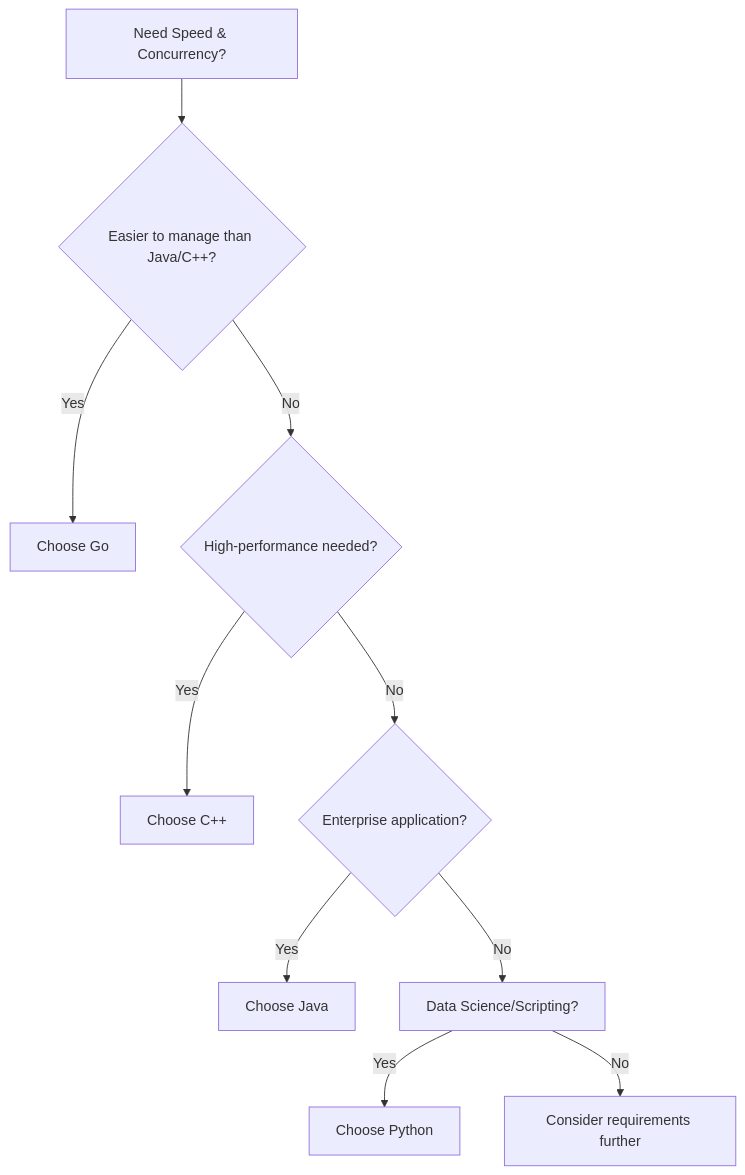
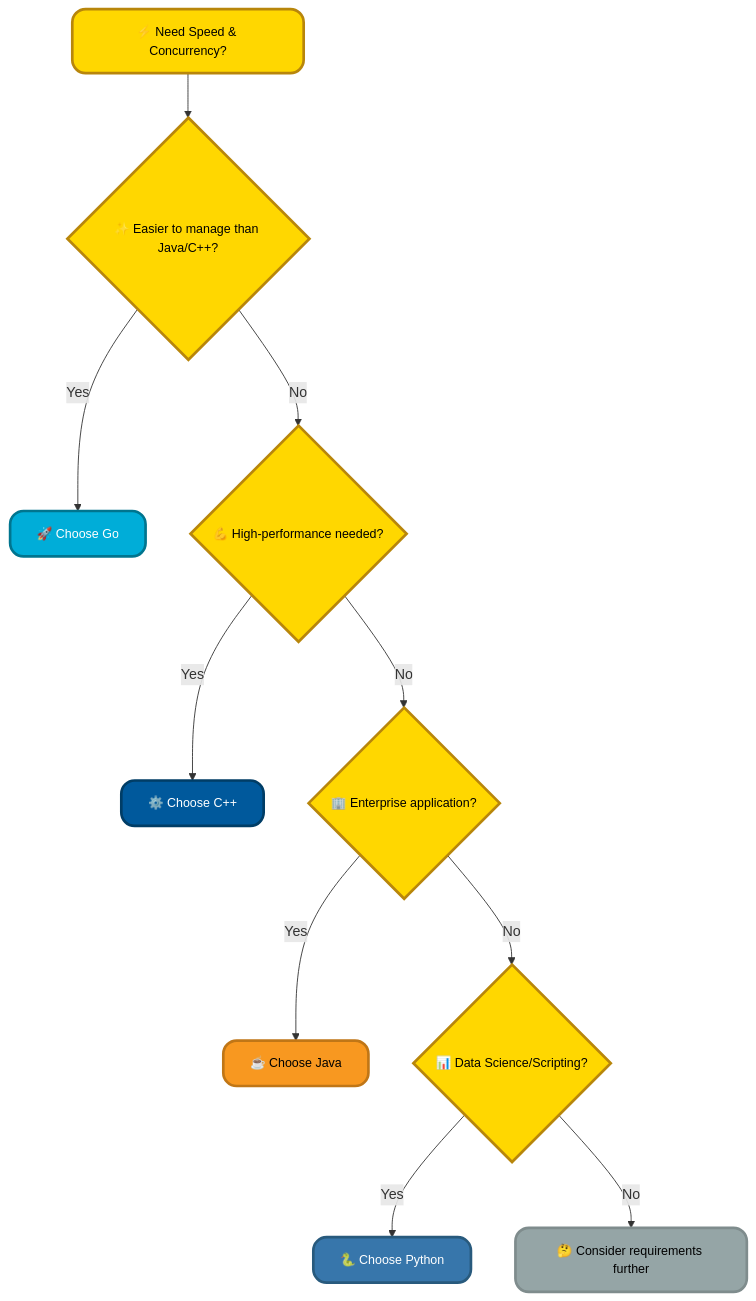
Before and after one commit to infoyouth/infoyouth.github.io: the first of 2 diagrams in _posts/go/2025-10-08-01.-introduction-to-go.md, drawn with Mermaid. The commit also changed other lines of this file, not shown here.

First line of the commit message:
Add Go introduction post with styled mermaid diagrams

````diff
--- a/_posts/go/2025-10-08-01.-introduction-to-go.md
+++ b/_posts/go/2025-10-08-01.-introduction-to-go.md
@@ -166,12 +166,28 @@
 ```mermaid
 graph TD
-    A[Need Speed & Concurrency?] --> B{Easier to manage than Java/C++?};
-    B -- Yes --> C[Choose Go];
-    B -- No --> D{High-performance needed?};
-    D -- Yes --> E[Choose C++];
-    D -- No --> F{Enterprise application?};
-    F -- Yes --> G[Choose Java];
-    F -- No --> H[Data Science/Scripting?];
-    H -- Yes --> I[Choose Python];
-    H -- No --> J[Consider requirements further];
+    A["⚡ Need Speed & Concurrency?"] --> B{"✨ Easier to manage than Java/C++?"};
+    B -- Yes --> C["🚀 Choose Go"];
+    B -- No --> D{"💪 High-performance needed?"};
+    D -- Yes --> E["⚙️ Choose C++"];
+    D -- No --> F{"🏢 Enterprise application?"};
+    F -- Yes --> G["☕ Choose Java"];
+    F -- No --> H{"📊 Data Science/Scripting?"};
+    H -- Yes --> I["🐍 Choose Python"];
+    H -- No --> J["🤔 Consider requirements further"];
+
+    %% Custom Styles
+    classDef questionStyle fill:#FFD700,stroke:#B8860B,color:#000000,font-size:14px,stroke-width:3px,rx:15px,shadow:5px;
+    classDef goStyle fill:#00ADD8,stroke:#00758F,color:#FFFFFF,font-size:14px,stroke-width:3px,rx:15px,shadow:5px;
+    classDef cppStyle fill:#00599C,stroke:#003D66,color:#FFFFFF,font-size:14px,stroke-width:3px,rx:15px,shadow:5px;
+    classDef javaStyle fill:#F89820,stroke:#C07616,color:#000000,font-size:14px,stroke-width:3px,rx:15px,shadow:5px;
+    classDef pythonStyle fill:#3776AB,stroke:#285A7D,color:#FFFFFF,font-size:14px,stroke-width:3px,rx:15px,shadow:5px;
+    classDef defaultStyle fill:#95A5A6,stroke:#7F8C8D,color:#000000,font-size:14px,stroke-width:3px,rx:15px,shadow:5px;
+
+    %% Apply Classes
+    class A,B,D,F,H questionStyle;
+    class C goStyle;
+    class E cppStyle;
+    class G javaStyle;
+    class I pythonStyle;
+    class J defaultStyle;
 ```
````
